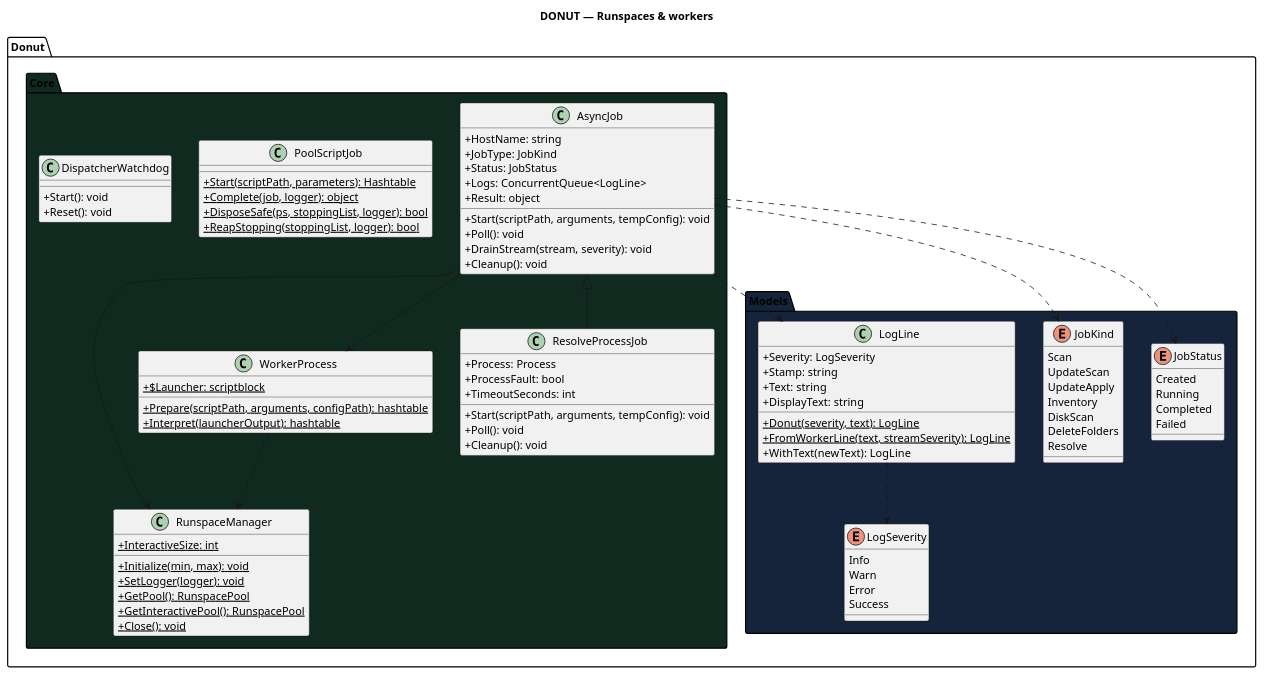
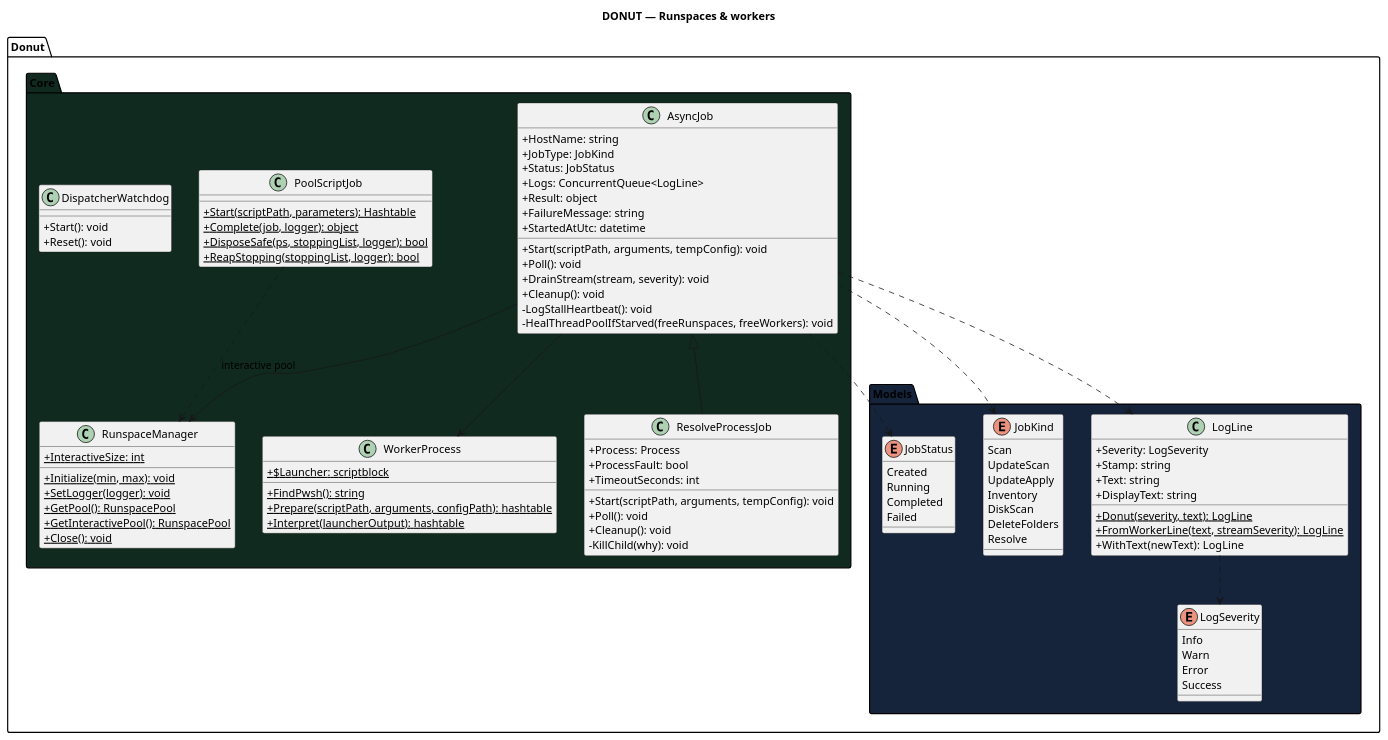
The diagram in docs/diagrams/class_runspaces.puml (Danial-Changez/DONUT), drawn with PlantUML before and after one commit. The commit also changed 16 other files, not shown here.

```diff
--- a/docs/diagrams/class_runspaces.puml
+++ b/docs/diagrams/class_runspaces.puml
@@ -1,101 +1,107 @@
 @startuml class_runspaces
 title DONUT — Runspaces & workers
 skinparam classAttributeIconSize 0
 
 ' Subsystem cut of the retired all-in-one class diagram: the job/runspace
 ' infrastructure only. Cross-subsystem wiring lives in component_diagram.
 package "Donut.Core" #102A20 {
     class RunspaceManager {
         +{static} InteractiveSize: int
         +{static} Initialize(min, max): void
         +{static} SetLogger(logger): void
         +{static} GetPool(): RunspacePool
         +{static} GetInteractivePool(): RunspacePool
         +{static} Close(): void
     }
 
     class AsyncJob {
         +HostName: string
         +JobType: JobKind
         +Status: JobStatus
         +Logs: ConcurrentQueue<LogLine>
         +Result: object
+        +FailureMessage: string
+        +StartedAtUtc: datetime
         +Start(scriptPath, arguments, tempConfig): void
         +Poll(): void
         +DrainStream(stream, severity): void
         +Cleanup(): void
+        -LogStallHeartbeat(): void
+        -HealThreadPoolIfStarved(freeRunspaces, freeWorkers): void
     }
 
     class WorkerProcess {
         +{static} $Launcher: scriptblock
+        +{static} FindPwsh(): string
         +{static} Prepare(scriptPath, arguments, configPath): hashtable
         +{static} Interpret(launcherOutput): hashtable
     }
 
     class ResolveProcessJob extends AsyncJob {
         +Process: Process
         +ProcessFault: bool
         +TimeoutSeconds: int
         +Start(scriptPath, arguments, tempConfig): void
         +Poll(): void
         +Cleanup(): void
+        -KillChild(why): void
     }
 
     class PoolScriptJob {
         +{static} Start(scriptPath, parameters): Hashtable
         +{static} Complete(job, logger): object
         +{static} DisposeSafe(ps, stoppingList, logger): bool
         +{static} ReapStopping(stoppingList, logger): bool
     }
 
     class DispatcherWatchdog {
         +Start(): void
         +Reset(): void
     }
 }
 
 package "Donut.Models" #15233B {
     enum JobStatus {
         Created
         Running
         Completed
         Failed
     }
 
     enum JobKind {
         Scan
         UpdateScan
         UpdateApply
         Inventory
         DiskScan
         DeleteFolders
         Resolve
     }
 
     enum LogSeverity {
         Info
         Warn
         Error
         Success
     }
 
     class LogLine {
         +Severity: LogSeverity
         +Stamp: string
         +Text: string
         +DisplayText: string
         +{static} Donut(severity, text): LogLine
         +{static} FromWorkerLine(text, streamSeverity): LogLine
         +WithText(newText): LogLine
     }
 }
 
 AsyncJob --> RunspaceManager
 AsyncJob --> WorkerProcess
-WorkerProcess ..> RunspaceManager
+PoolScriptJob ..> RunspaceManager : interactive pool
 AsyncJob ..> JobStatus
 AsyncJob ..> JobKind
 AsyncJob ..> LogLine
 LogLine ..> LogSeverity
 
 @enduml
```
